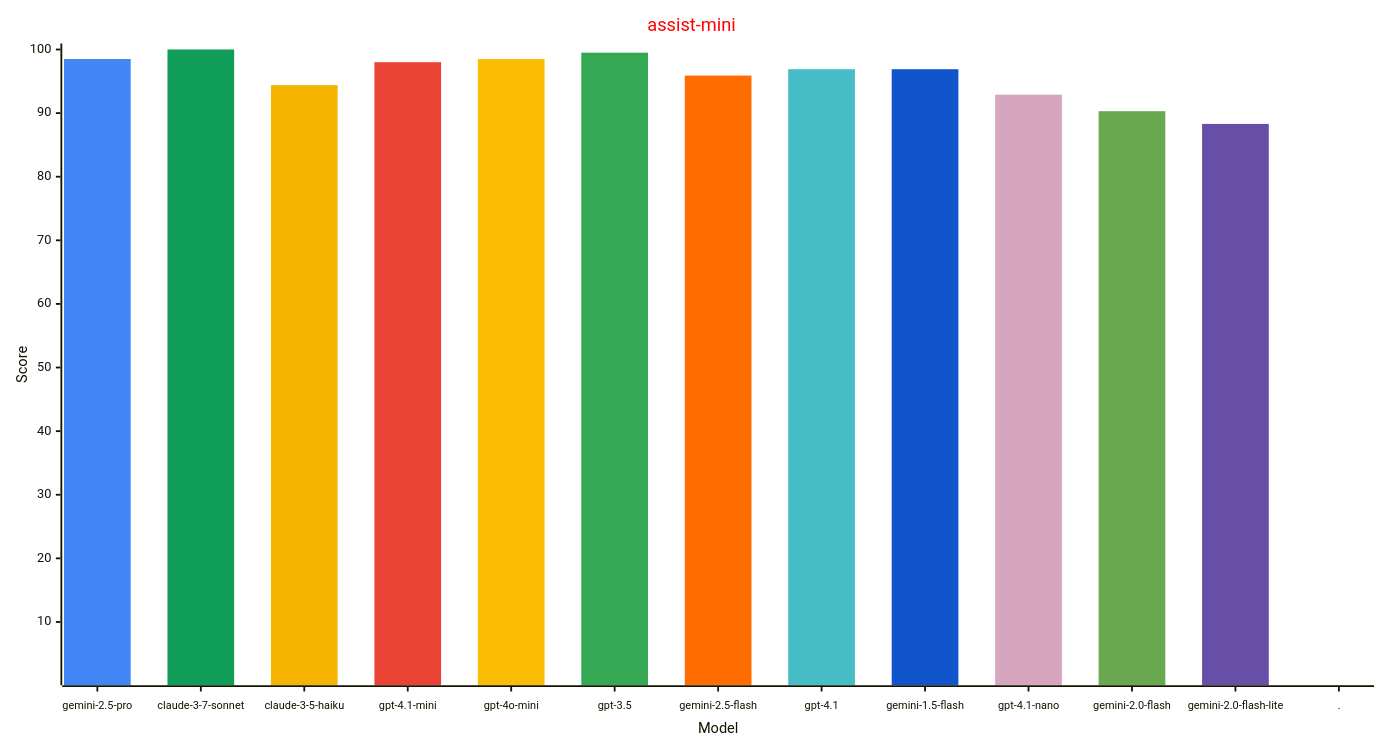
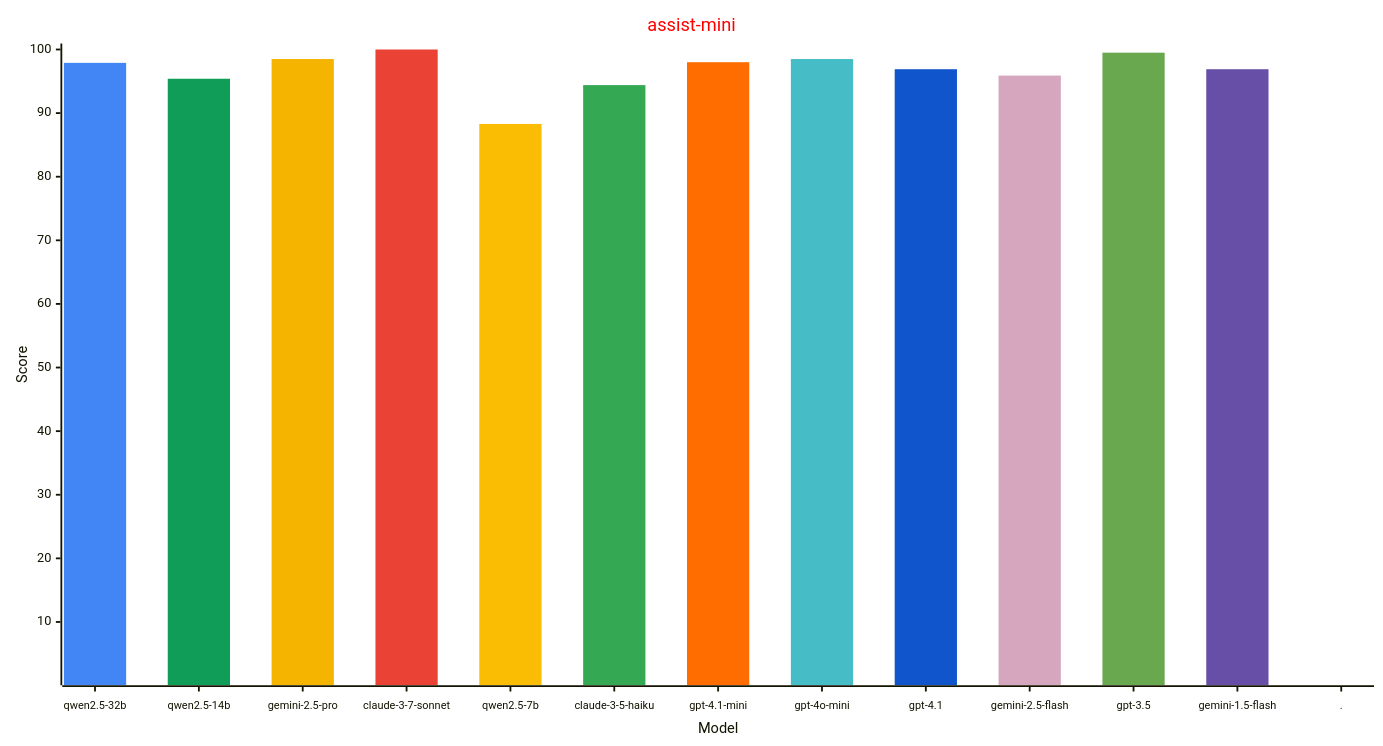
The second of 4 diagrams in reports/README.md (allenporter/home-assistant-datasets), drawn with Mermaid before and after one commit. The commit also changed other lines of this file, not shown here.

Commit message:
Update the leaderboard with qwen2.5 results

````diff
--- a/reports/README.md
+++ b/reports/README.md
@@ -99,33 +104,33 @@
 ```mermaid
 ---
 config:
     xyChart:
         width: 1500
         height: 800
         xAxis:
           labelFontSize: 12
           labelPadding: 8
     themeVariables:
         xyChart:
             titleColor: "#ff0000"
             plotColorPalette: "#4285f4, #0f9d58, #f4b400, #ea4335, #fbbc04, #34a853, #ff6d01, #46bdc6, #1155cc, #d5a6bd, #6aa84f, #674ea7, #4285f4"
 
 ---
 xychart-beta
   title "assist-mini"
-  x-axis "Model" [gemini-2.5-pro, claude-3-7-sonnet, claude-3-5-haiku, gpt-4.1-mini, gpt-4o-mini, gpt-3.5, gemini-2.5-flash, gpt-4.1, gemini-1.5-flash, gpt-4.1-nano, gemini-2.0-flash, gemini-2.0-flash-lite, .]
+  x-axis "Model" [qwen2.5-32b, qwen2.5-14b, gemini-2.5-pro, claude-3-7-sonnet, qwen2.5-7b, claude-3-5-haiku, gpt-4.1-mini, gpt-4o-mini, gpt-4.1, gemini-2.5-flash, gpt-3.5, gemini-1.5-flash, .]
   y-axis "Score" 1 --> 100
-  bar [98.5, 0.0, 0.0, 0.0, 0.0, 0.0, 0.0, 0.0, 0.0, 0.0, 0.0, 0.0, 0.0]
-  bar [0.0, 100.0, 0.0, 0.0, 0.0, 0.0, 0.0, 0.0, 0.0, 0.0, 0.0, 0.0, 0.0]
-  bar [0.0, 0.0, 94.4, 0.0, 0.0, 0.0, 0.0, 0.0, 0.0, 0.0, 0.0, 0.0, 0.0]
-  bar [0.0, 0.0, 0.0, 98.0, 0.0, 0.0, 0.0, 0.0, 0.0, 0.0, 0.0, 0.0, 0.0]
-  bar [0.0, 0.0, 0.0, 0.0, 98.5, 0.0, 0.0, 0.0, 0.0, 0.0, 0.0, 0.0, 0.0]
-  bar [0.0, 0.0, 0.0, 0.0, 0.0, 99.5, 0.0, 0.0, 0.0, 0.0, 0.0, 0.0, 0.0]
-  bar [0.0, 0.0, 0.0, 0.0, 0.0, 0.0, 95.9, 0.0, 0.0, 0.0, 0.0, 0.0, 0.0]
-  bar [0.0, 0.0, 0.0, 0.0, 0.0, 0.0, 0.0, 96.9, 0.0, 0.0, 0.0, 0.0, 0.0]
+  bar [97.9, 0.0, 0.0, 0.0, 0.0, 0.0, 0.0, 0.0, 0.0, 0.0, 0.0, 0.0, 0.0]
+  bar [0.0, 95.4, 0.0, 0.0, 0.0, 0.0, 0.0, 0.0, 0.0, 0.0, 0.0, 0.0, 0.0]
+  bar [0.0, 0.0, 98.5, 0.0, 0.0, 0.0, 0.0, 0.0, 0.0, 0.0, 0.0, 0.0, 0.0]
+  bar [0.0, 0.0, 0.0, 100.0, 0.0, 0.0, 0.0, 0.0, 0.0, 0.0, 0.0, 0.0, 0.0]
+  bar [0.0, 0.0, 0.0, 0.0, 88.3, 0.0, 0.0, 0.0, 0.0, 0.0, 0.0, 0.0, 0.0]
+  bar [0.0, 0.0, 0.0, 0.0, 0.0, 94.4, 0.0, 0.0, 0.0, 0.0, 0.0, 0.0, 0.0]
+  bar [0.0, 0.0, 0.0, 0.0, 0.0, 0.0, 98.0, 0.0, 0.0, 0.0, 0.0, 0.0, 0.0]
+  bar [0.0, 0.0, 0.0, 0.0, 0.0, 0.0, 0.0, 98.5, 0.0, 0.0, 0.0, 0.0, 0.0]
   bar [0.0, 0.0, 0.0, 0.0, 0.0, 0.0, 0.0, 0.0, 96.9, 0.0, 0.0, 0.0, 0.0]
-  bar [0.0, 0.0, 0.0, 0.0, 0.0, 0.0, 0.0, 0.0, 0.0, 92.9, 0.0, 0.0, 0.0]
-  bar [0.0, 0.0, 0.0, 0.0, 0.0, 0.0, 0.0, 0.0, 0.0, 0.0, 90.3, 0.0, 0.0]
-  bar [0.0, 0.0, 0.0, 0.0, 0.0, 0.0, 0.0, 0.0, 0.0, 0.0, 0.0, 88.3, 0.0]
+  bar [0.0, 0.0, 0.0, 0.0, 0.0, 0.0, 0.0, 0.0, 0.0, 95.9, 0.0, 0.0, 0.0]
+  bar [0.0, 0.0, 0.0, 0.0, 0.0, 0.0, 0.0, 0.0, 0.0, 0.0, 99.5, 0.0, 0.0]
+  bar [0.0, 0.0, 0.0, 0.0, 0.0, 0.0, 0.0, 0.0, 0.0, 0.0, 0.0, 96.9, 0.0]
   bar [0.0, 0.0, 0.0, 0.0, 0.0, 0.0, 0.0, 0.0, 0.0, 0.0, 0.0, 0.0, -1.0]
 ```
````
